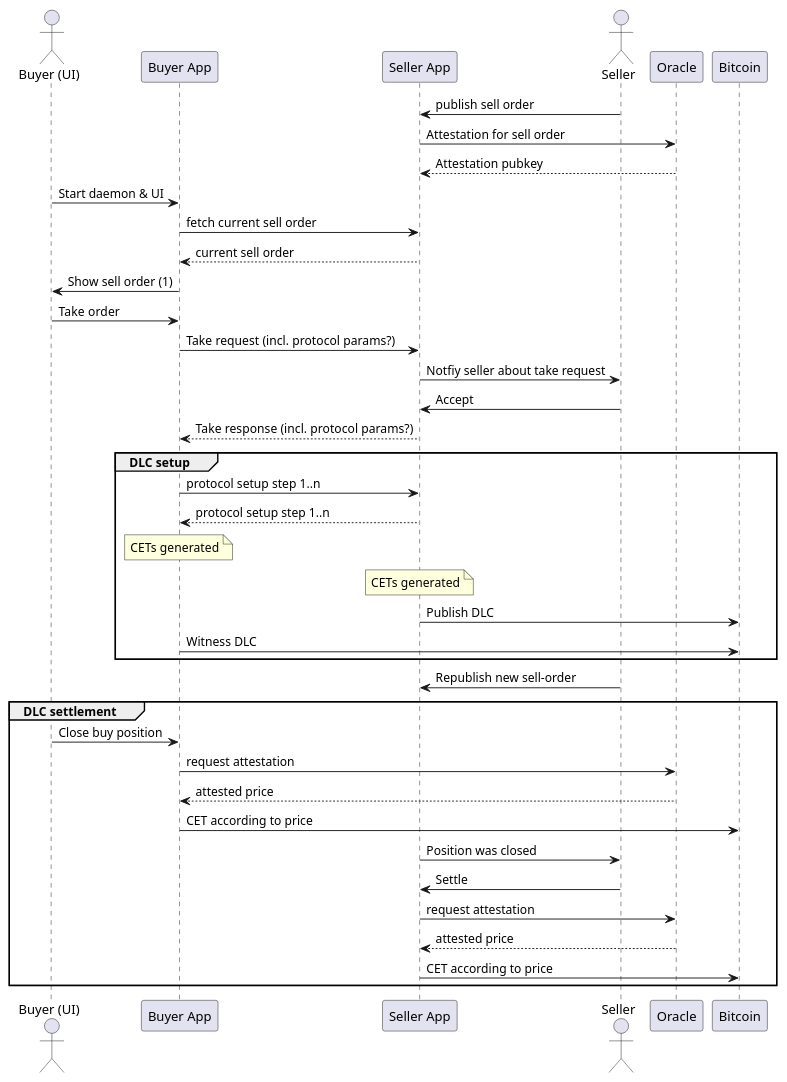
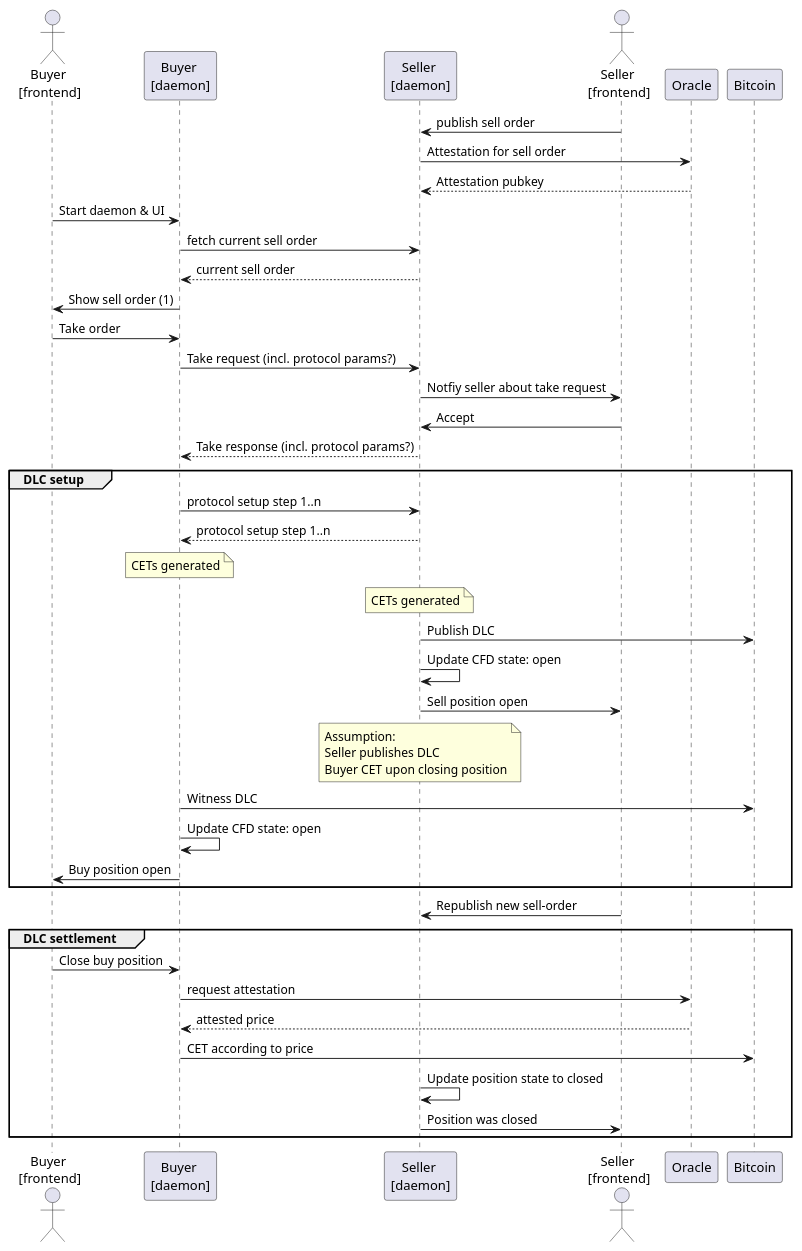
The diagram in docs/asset/mvp_sequence_diagram.puml (get10101/itchysats), drawn with PlantUML before and after one commit.

Commit message:
Update diagram
- Seller publishes CFD, Buyer publishes CET for settlement
- Some minor renaming and notes for better understandability

```diff
--- a/docs/asset/mvp_sequence_diagram.puml
+++ b/docs/asset/mvp_sequence_diagram.puml
@@ -1,43 +1,45 @@
 @startuml
 
-actor "Buyer (UI)" as User
-participant "Buyer App" as UserApp
-participant "Seller App" as SellerApp
-actor Seller as Seller
+actor "Buyer \n[frontend]" as User
+participant "Buyer \n[daemon]" as UserApp
+participant "Seller \n[daemon]" as SellerApp
+actor "Seller \n[frontend]" as Seller
 participant Oracle as Oracle
 participant Bitcoin as Bitcoin
 
 Seller -> SellerApp: publish sell order
 SellerApp -> Oracle: Attestation for sell order
 Oracle --> SellerApp: Attestation pubkey
 User -> UserApp: Start daemon & UI
 UserApp -> SellerApp: fetch current sell order
 SellerApp -->UserApp: current sell order
 UserApp -> User: Show sell order (1)
 User -> UserApp: Take order
 UserApp -> SellerApp: Take request (incl. protocol params?)
 SellerApp -> Seller: Notfiy seller about take request
 Seller -> SellerApp: Accept
 SellerApp --> UserApp: Take response (incl. protocol params?)
 group DLC setup
 UserApp -> SellerApp: protocol setup step 1..n
 SellerApp --> UserApp: protocol setup step 1..n
 note over UserApp : CETs generated
 note over SellerApp : CETs generated
 SellerApp -> Bitcoin: Publish DLC
+SellerApp -> SellerApp: Update CFD state: open
+SellerApp -> Seller: Sell position open
+note over SellerApp : Assumption: \nSeller publishes DLC \nBuyer CET upon closing position
 UserApp -> Bitcoin: Witness DLC
+UserApp -> UserApp: Update CFD state: open
+UserApp -> User: Buy position open
 end group
 Seller -> SellerApp: Republish new sell-order
 group DLC settlement
 User -> UserApp: Close buy position
 UserApp -> Oracle: request attestation
 Oracle --> UserApp: attested price
 UserApp -> Bitcoin: CET according to price
+SellerApp -> SellerApp: Update position state to closed
 SellerApp -> Seller: Position was closed
-Seller -> SellerApp: Settle
-SellerApp -> Oracle: request attestation
-Oracle --> SellerApp: attested price
-SellerApp -> Bitcoin: CET according to price
 end group
 
 @enduml
```
